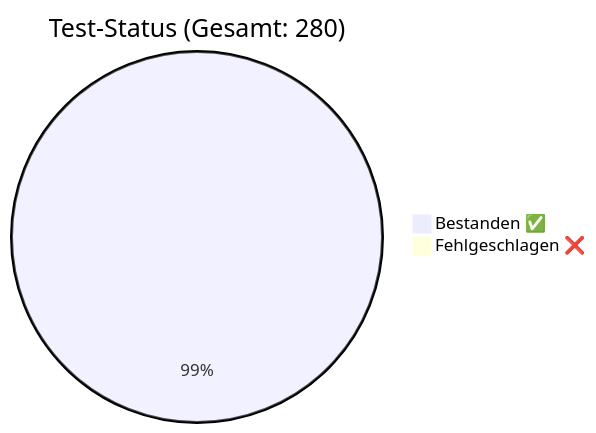
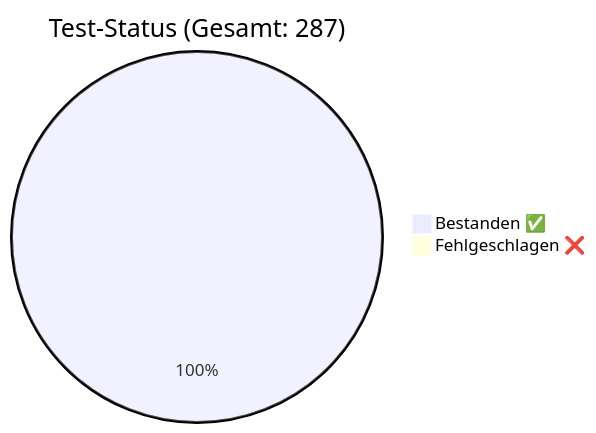
Before and after one commit to rorila/GCS: the diagram in docs/QA_Report.md, drawn with Mermaid. The commit also changed other lines of this file and 7 other files, not shown here.

````diff
--- a/docs/QA_Report.md
+++ b/docs/QA_Report.md
@@ -8,5 +8,5 @@
 ```mermaid
-pie title Test-Status (Gesamt: 280)
-    "Bestanden ✅" : 278
-    "Fehlgeschlagen ❌" : 2
+pie title Test-Status (Gesamt: 287)
+    "Bestanden ✅" : 287
+    "Fehlgeschlagen ❌" : 0
 ```
````
